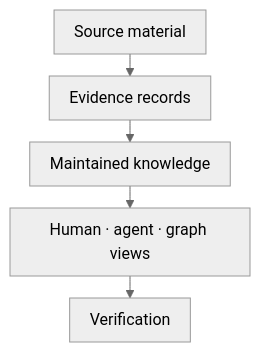
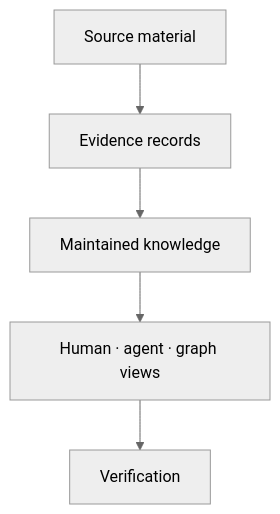
Before and after one commit to denchco/knowledge-base-wiki-standard: the diagram in docs/index.md, drawn with Mermaid (neutral theme). The commit also changed other lines of this file and 74 other files, not shown here.

````diff
--- a/docs/index.md
+++ b/docs/index.md
@@ -21,18 +21,12 @@
 ```mermaid
-%%{init: {"flowchart": {"nodeSpacing": 10, "rankSpacing": 22, "padding": 10}}}%%
 flowchart TB
   accTitle: Governed knowledge base system
   accDescr: Source material becomes inspectable evidence, maintained knowledge, coordinated human, agent, and graph views, and finally a verified local system.
 
   S["Source material"]
   E["Evidence records"]
   C["Maintained knowledge"]
   W["Human · agent · graph views"]
   V["Verification"]
   S --> E --> C --> W --> V
-  class S kb-source
-  class E kb-evidence
-  class C kb-canonical
-  class W kb-derived
-  class V kb-verification
 ```
````
